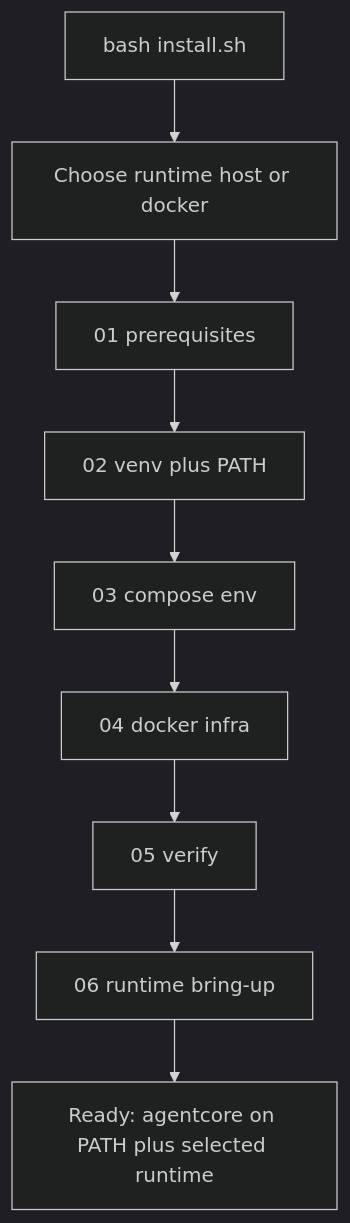
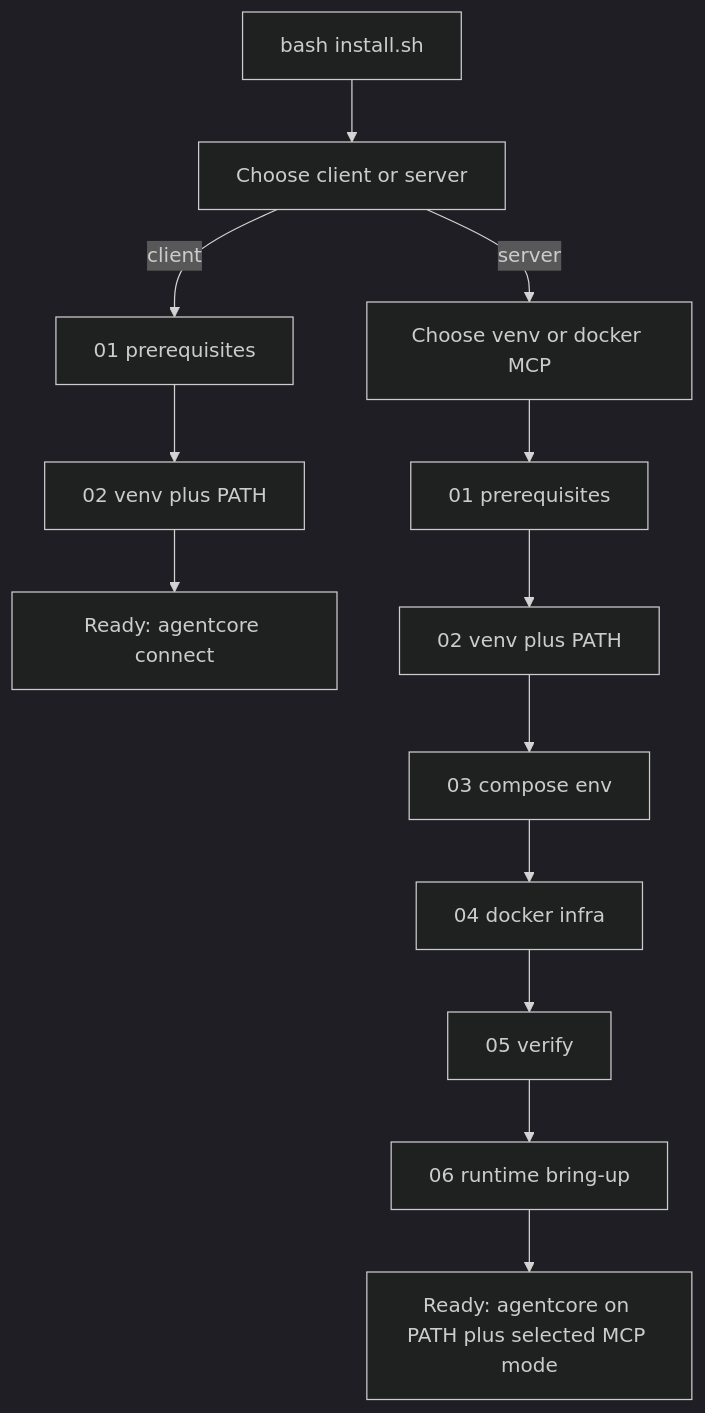
The diagram in docs/08-software-engineering-architecture/39-local-install-runbook.md (Mohammad-Mirasadollahi/AgentCore), drawn with Mermaid (dark theme) before and after one commit. The commit also changed other lines of this file and 9 other files, not shown here.

First line of the commit message:
feat: add agentcore CLI with PATH install

````diff
--- a/docs/08-software-engineering-architecture/39-local-install-runbook.md
+++ b/docs/08-software-engineering-architecture/39-local-install-runbook.md
@@ -87,11 +96,15 @@
 ```mermaid
 flowchart TD
-  start[bash install.sh] --> ask[Choose runtime host or docker]
-  ask --> s01[01 prerequisites]
+  start[bash install.sh] --> role[Choose client or server]
+  role -->|client| s01c[01 prerequisites]
+  s01c --> s02c[02 venv plus PATH]
+  s02c --> doneClient[Ready: agentcore connect]
+  role -->|server| mcp[Choose venv or docker MCP]
+  mcp --> s01[01 prerequisites]
   s01 --> s02[02 venv plus PATH]
   s02 --> s03[03 compose env]
   s03 --> s04[04 docker infra]
   s04 --> s05[05 verify]
   s05 --> s06[06 runtime bring-up]
-  s06 --> done[Ready: agentcore on PATH plus selected runtime]
+  s06 --> done[Ready: agentcore on PATH plus selected MCP mode]
 ```
````
